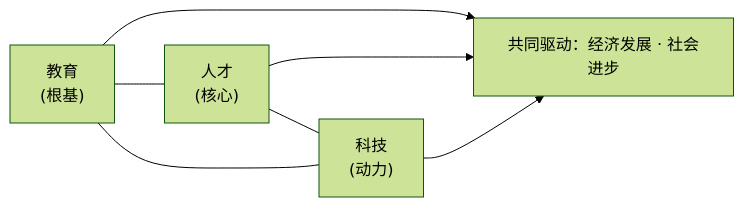
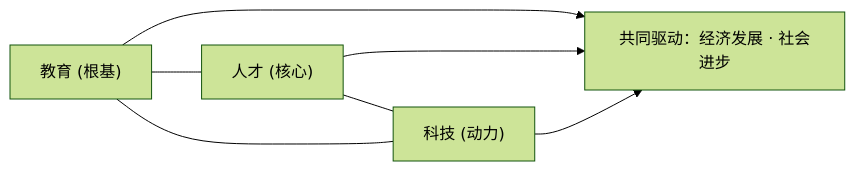
Before and after one commit to NJUPT-CS-StuDev/studev: the second of 3 diagrams in src/content/study/mission-and-responsibility-of-party-member-scientists.md, drawn with Mermaid (forest theme). The commit also changed other lines of this file, not shown here.

````diff
--- a/src/content/study/mission-and-responsibility-of-party-member-scientists.md
+++ b/src/content/study/mission-and-responsibility-of-party-member-scientists.md
@@ -70,8 +78,7 @@
 ```mermaid
 flowchart LR
-    E["教育<br/>(根基)"] --- R["人才<br/>(核心)"]
-    R --- T["科技<br/>(动力)"]
+    E["教育 (根基)"] --- R["人才 (核心)"]
+    R --- T["科技 (动力)"]
     T --- E
-    
-    E & R & T --> Drive["共同驱动：经济发展 · 社会进步"]
+    E & R & T --> D["共同驱动：经济发展 · 社会进步"]
 ```
````
